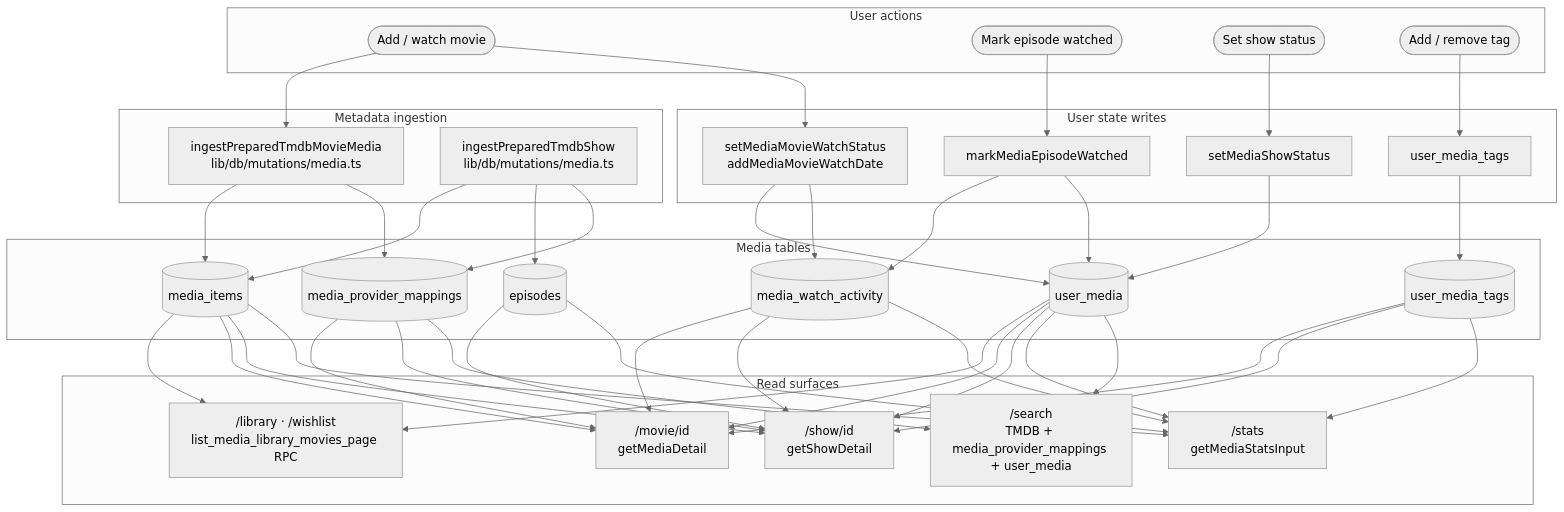
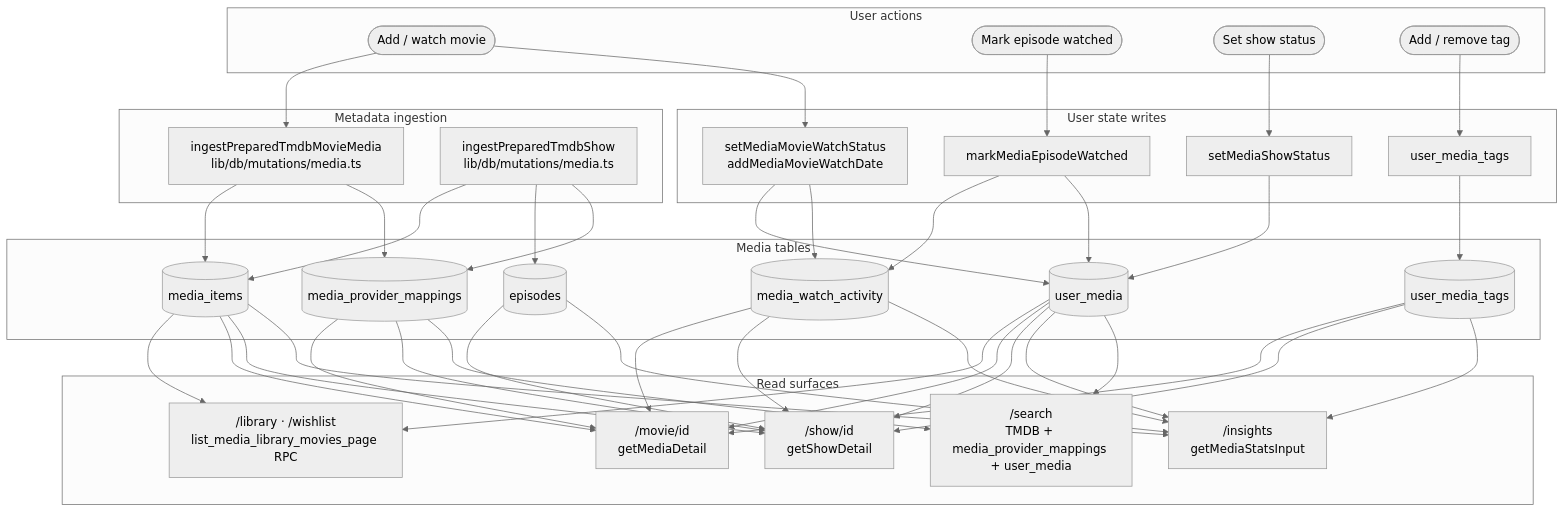
The diagram in docs/data-flow.md (shriramks/nodi), drawn with Mermaid (neutral theme) before and after one commit. The commit also changed 23 other files, not shown here.

First line of the commit message:
207: Stats -> Insights, with companion habits and this-year numbers

````diff
--- a/docs/data-flow.md
+++ b/docs/data-flow.md
@@ -12,58 +12,58 @@
 ```mermaid
 flowchart TD
     subgraph Actions["User actions"]
         MW(["Add / watch movie"])
         EW(["Mark episode watched"])
         SS(["Set show status"])
         TG(["Add / remove tag"])
     end
 
     subgraph Metadata["Metadata ingestion"]
         MOVIE["ingestPreparedTmdbMovieMedia\nlib/db/mutations/media.ts"]
         SHOW["ingestPreparedTmdbShow\nlib/db/mutations/media.ts"]
     end
 
     subgraph State["User state writes"]
         MOVIESTATE["setMediaMovieWatchStatus\naddMediaMovieWatchDate"]
         EPWATCH["markMediaEpisodeWatched"]
         SHOWSTATE["setMediaShowStatus"]
         TAGS["user_media_tags"]
     end
 
     subgraph Tables["Media tables"]
         M1[("media_items")]
         M2[("episodes")]
         M3[("media_provider_mappings")]
         U1[("user_media")]
         U2[("media_watch_activity")]
         U3[("user_media_tags")]
     end
 
     subgraph Surfaces["Read surfaces"]
         LIB["/library · /wishlist\nlist_media_library_movies_page RPC"]
         MOVIEDETAIL["/movie/id\ngetMediaDetail"]
         SHOWDETAIL["/show/id\ngetShowDetail"]
-        STATS["/stats\ngetMediaStatsInput"]
+        STATS["/insights\ngetMediaStatsInput"]
         SEARCH["/search\nTMDB + media_provider_mappings + user_media"]
     end
 
     MW --> MOVIE --> M1
     MOVIE --> M3
     MW --> MOVIESTATE --> U1
     MOVIESTATE --> U2
 
     EW --> EPWATCH --> U2
     EPWATCH --> U1
     SS --> SHOWSTATE --> U1
     SHOW --> M1
     SHOW --> M2
     SHOW --> M3
 
     TG --> TAGS --> U3
 
     M1 & U1 --> LIB
     M1 & M3 & U1 & U2 & U3 --> MOVIEDETAIL
     M1 & M2 & M3 & U1 & U2 & U3 --> SHOWDETAIL
     M1 & M2 & U1 & U2 & U3 --> STATS
     M3 & U1 --> SEARCH
 ```
````
